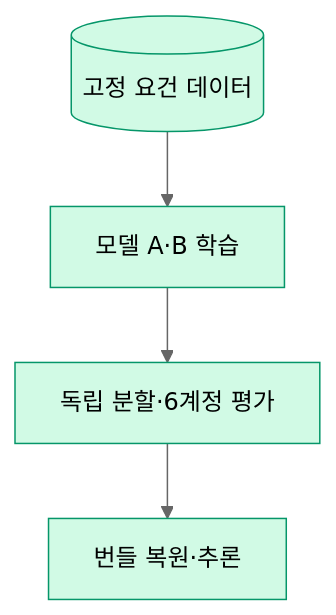
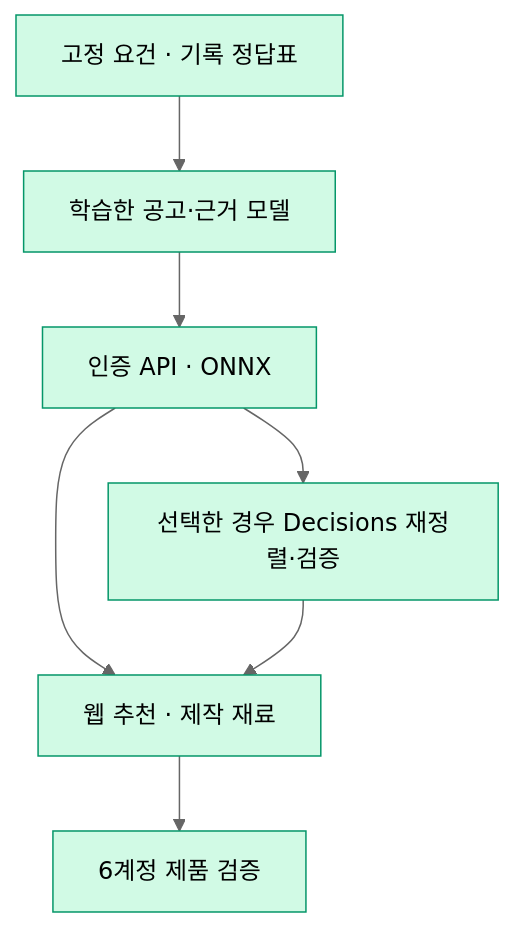
One commit to Expresso-Organization/expresso changed the diagram in .sitrep/sessions/20261119-1752-match-eval/arch.mmd. Above: the diagram before and after it, drawn with Mermaid (neutral theme). The commit also changed 25 other files, not shown here.

```diff
--- a/.sitrep/sessions/20261119-1752-match-eval/arch.mmd
+++ b/.sitrep/sessions/20261119-1752-match-eval/arch.mmd
@@ -1,12 +1,12 @@
 flowchart TD
-  D[(고정 요건 데이터)] --> L[모델 A·B 학습]
-  L --> E[독립 분할·6계정 평가]
-  E --> P[번들 복원·추론]
+  D[고정 요건 · 기록 정답표] --> M[학습한 공고·근거 모델]
+  M --> L[인증 API · ONNX]
+  L --> E[선택한 경우 Decisions 재정렬·검증]
+  L --> W[웹 추천 · 제작 재료]
+  E --> W
+  W --> T[6계정 제품 검증]
   classDef done fill:#d1fae5,stroke:#059669
   classDef doing fill:#fef3c7,stroke:#d97706
   classDef decide fill:#fee2e2,stroke:#dc2626
   classDef todo fill:#f3f4f6,stroke:#9ca3af,stroke-dasharray:4
-  class D done
-  class L done
-  class E done
-  class P done
+  class D,M,L,E,W,T done
```
